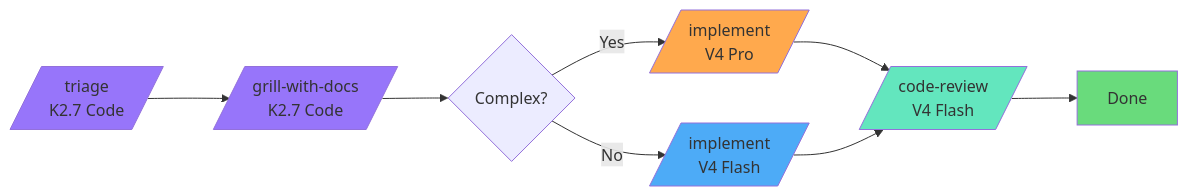
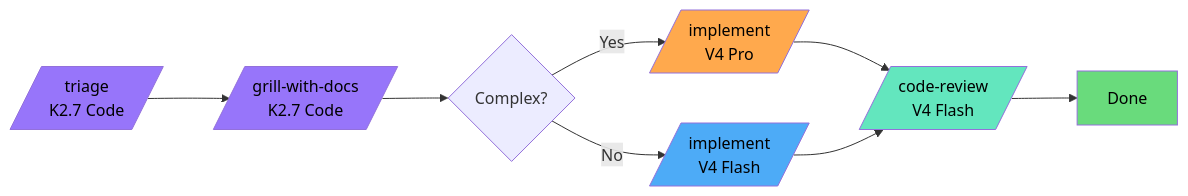
Before and after one commit to elisharkray1030/ai-coding-workflow: the second of 5 diagrams in README.md, drawn with Mermaid. The commit also changed other lines of this file, not shown here.

First line of the commit message:
Force black text on all diagram boxes for readability

````diff
--- a/README.md
+++ b/README.md
@@ -46,22 +46,22 @@
 ```mermaid
 graph LR
     TR[/triage<br/>K2.7 Code/] --> IN[/grill-with-docs<br/>K2.7 Code/]
     IN --> D{Complex?}
     D -->|Yes| IC[/implement<br/>V4 Pro/]
     D -->|No| IS[/implement<br/>V4 Flash/]
     IC --> CR[/code-review<br/>V4 Flash/]
     IS --> CR
     CR --> DN[Done]
 
-    classDef purple fill:#9775fa
-    classDef green fill:#69db7c
-    classDef blue fill:#4dabf7
-    classDef orange fill:#ffa94d
-    classDef teal fill:#63e6be
+    classDef purple fill:#9775fa,color:#000
+    classDef green fill:#69db7c,color:#000
+    classDef blue fill:#4dabf7,color:#000
+    classDef orange fill:#ffa94d,color:#000
+    classDef teal fill:#63e6be,color:#000
 
     class TR,IN purple
     class IS blue
     class IC orange
     class CR teal
     class DN green
 ```
````
